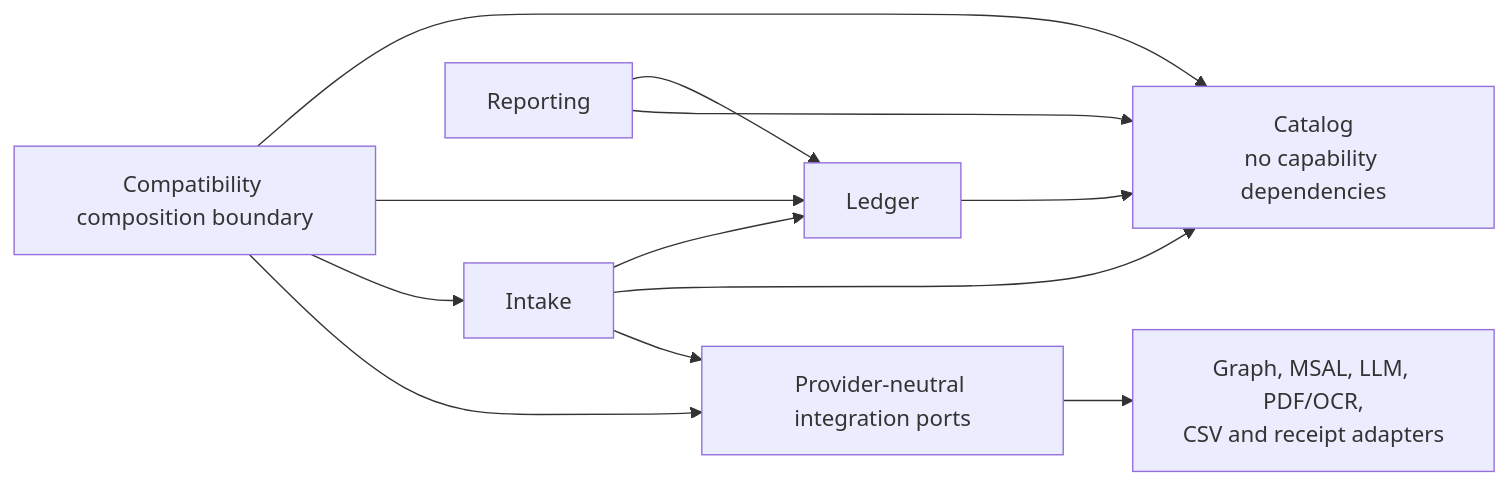
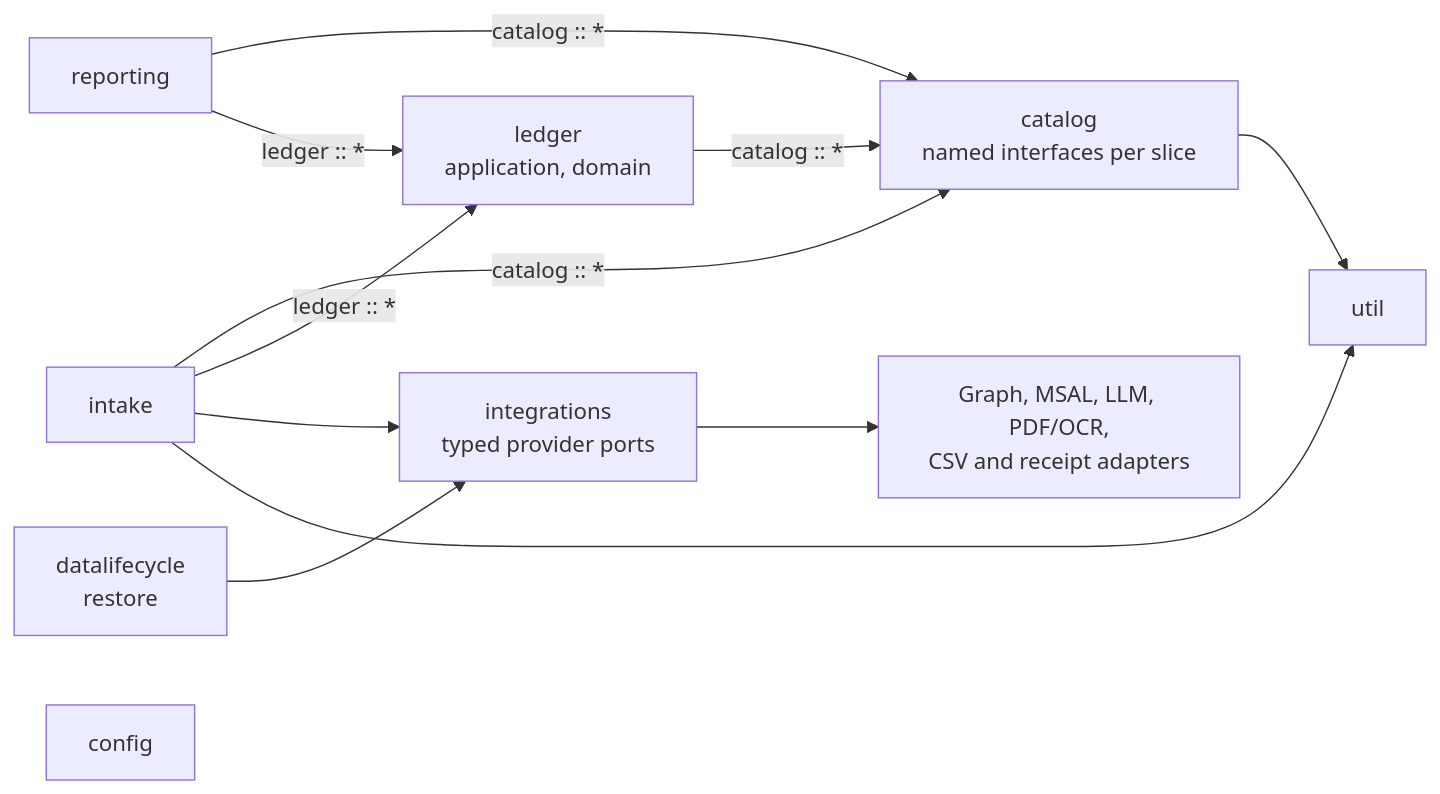
The second of 3 diagrams in diagrams/architecture.md (jinloes/bookie), drawn with Mermaid before and after one commit. The commit also changed other lines of this file and 621 other files, not shown here.

First line of the commit message:
Retire legacy flows and adopt Spring Modulith

````diff
--- a/diagrams/architecture.md
+++ b/diagrams/architecture.md
@@ -81,22 +82,23 @@
 ```mermaid
 flowchart LR
-  Catalog["Catalog<br/>no capability dependencies"]
-  Ledger["Ledger"]
-  Intake["Intake"]
-  Reporting["Reporting"]
-  Compatibility["Compatibility composition boundary"]
-  Integrations["Provider-neutral integration ports"]
+  Catalog["catalog<br/>named interfaces per slice"]
+  Ledger["ledger<br/>application, domain"]
+  Intake["intake"]
+  Reporting["reporting"]
+  DataLifecycle["datalifecycle<br/>restore"]
+  Integrations["integrations<br/>typed provider ports"]
+  Util["util"]
+  Config["config"]
   Providers["Graph, MSAL, LLM, PDF/OCR,<br/>CSV and receipt adapters"]
 
-  Ledger --> Catalog
-  Intake --> Ledger
-  Intake --> Catalog
-  Reporting --> Ledger
-  Reporting --> Catalog
-  Compatibility --> Catalog
-  Compatibility --> Ledger
-  Compatibility --> Intake
+  Catalog --> Util
+  Ledger -->|"catalog :: *"| Catalog
+  Intake -->|"catalog :: *"| Catalog
+  Intake -->|"ledger :: *"| Ledger
   Intake --> Integrations
-  Compatibility --> Integrations
+  Intake --> Util
+  Reporting -->|"catalog :: *"| Catalog
+  Reporting -->|"ledger :: *"| Ledger
+  DataLifecycle --> Integrations
   Integrations --> Providers
 ```
````
